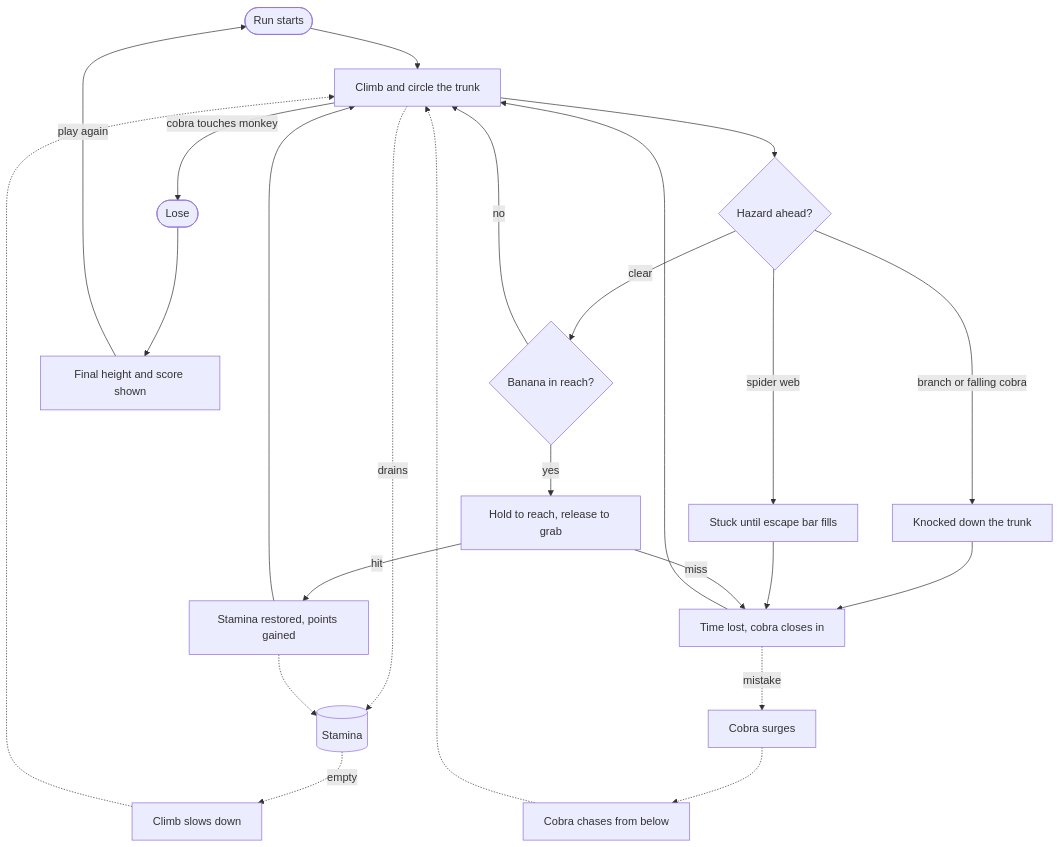
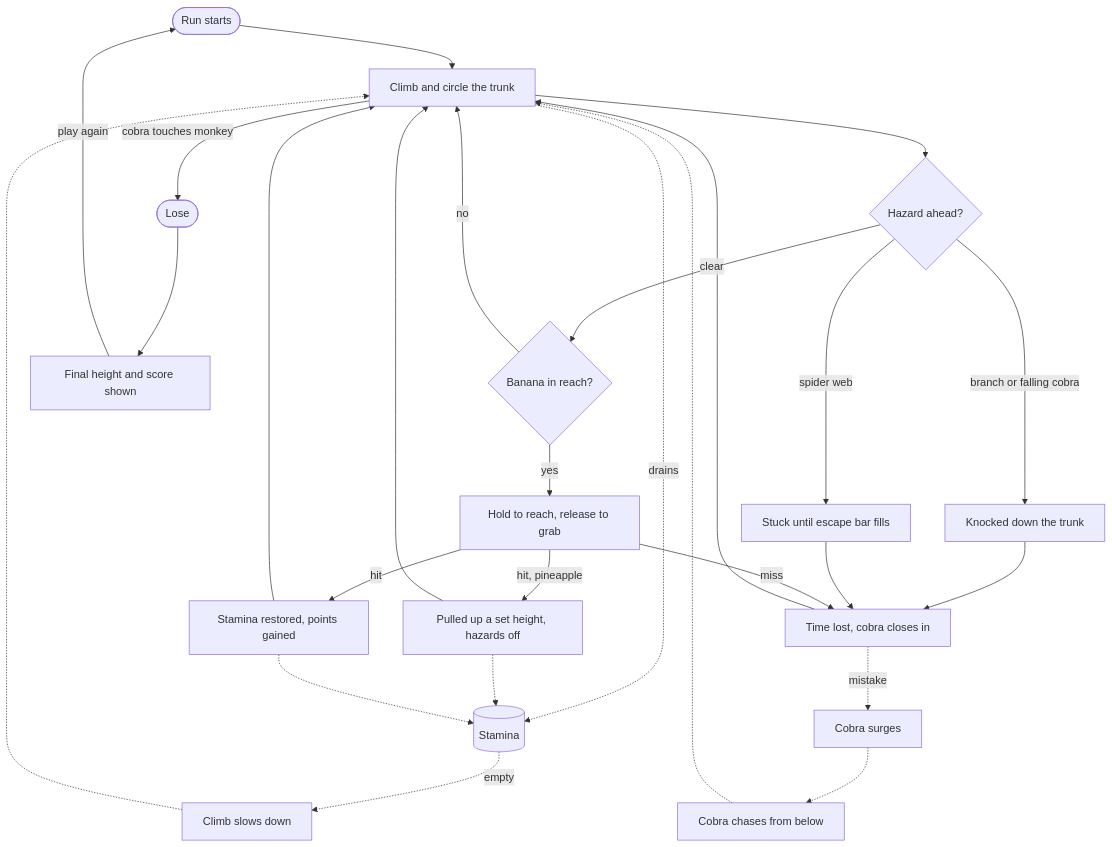
The diagram in docs/gameplay-loop-doc.md (CSCI-526/Team4-Lu_Lu), drawn with Mermaid before and after one commit. The commit also changed other lines of this file and 7 other files, not shown here.

First line of the commit message:
document pineapple spawn, leap & hazard immunity

````diff
--- a/docs/gameplay-loop-doc.md
+++ b/docs/gameplay-loop-doc.md
@@ -7,30 +7,33 @@
 ```mermaid
 graph TD
   Start([Run starts]) --> Climb[Climb and circle the trunk]
   Cobra[Cobra chases from below] -.-> Climb
   Climb -.->|drains| Stamina[(Stamina)]
 
   Climb --> Hazard{Hazard ahead?}
   Hazard -->|branch or falling cobra| Hit[Knocked down the trunk]
   Hazard -->|spider web| Stuck[Stuck until escape bar fills]
   Hit --> Cost[Time lost, cobra closes in]
   Stuck --> Cost
   Cost -.->|mistake| Surge[Cobra surges]
   Surge -.-> Cobra
   Cost --> Climb
 
   Hazard -->|clear| Banana{Banana in reach?}
   Banana -->|no| Climb
   Banana -->|yes| Grab[Hold to reach, release to grab]
   Grab -->|hit| Restore[Stamina restored, points gained]
   Grab -->|miss| Cost
+  Grab -->|hit, pineapple| Leap[Pulled up a set height, hazards off]
+  Leap -.-> Stamina
+  Leap --> Climb
   Restore -.-> Stamina
   Restore --> Climb
 
   Stamina -.->|empty| Slow[Climb slows down]
   Slow -.-> Climb
 
   Climb -->|cobra touches monkey| Lose([Lose])
   Lose --> Result[Final height and score shown]
   Result -->|play again| Start
 ```
````
